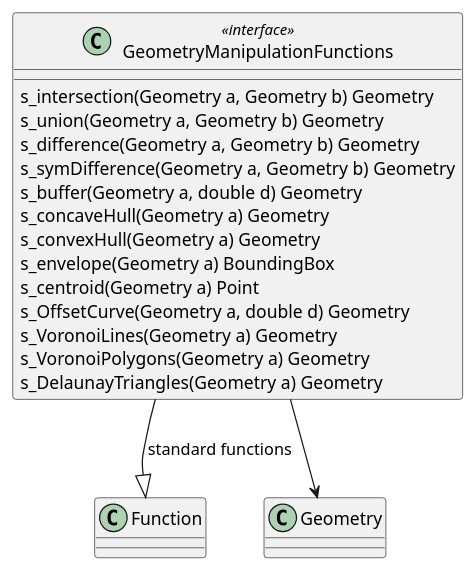
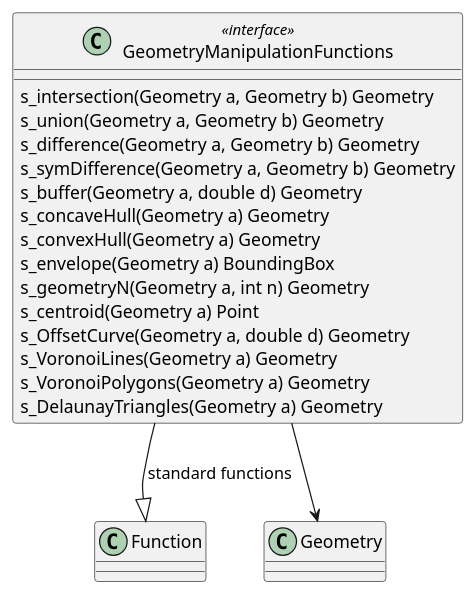
Before and after one commit to opengeospatial/styles-and-symbology: the ninth of 10 diagrams in core/sections/clause_18_functions.adoc, drawn with PlantUML. The commit also changed other lines of this file and 7 other files, not shown here.

```diff
--- a/core/sections/clause_18_functions.adoc
+++ b/core/sections/clause_18_functions.adoc
@@ -572,19 +572,20 @@
 [plantuml, target=diagram-classes, format=png]
 ....
 class GeometryManipulationFunctions <<interface>>
 GeometryManipulationFunctions --|> Function : standard functions
 GeometryManipulationFunctions : s_intersection(Geometry a, Geometry b) Geometry
 GeometryManipulationFunctions : s_union(Geometry a, Geometry b) Geometry
 GeometryManipulationFunctions : s_difference(Geometry a, Geometry b) Geometry
 GeometryManipulationFunctions : s_symDifference(Geometry a, Geometry b) Geometry
 GeometryManipulationFunctions : s_buffer(Geometry a, double d) Geometry
 GeometryManipulationFunctions : s_concaveHull(Geometry a) Geometry
 GeometryManipulationFunctions : s_convexHull(Geometry a) Geometry
 GeometryManipulationFunctions : s_envelope(Geometry a) BoundingBox
+GeometryManipulationFunctions : s_geometryN(Geometry a, int n) Geometry
 GeometryManipulationFunctions : s_centroid(Geometry a) Point
 GeometryManipulationFunctions : s_OffsetCurve(Geometry a, double d) Geometry
 GeometryManipulationFunctions : s_VoronoiLines(Geometry a) Geometry
 GeometryManipulationFunctions : s_VoronoiPolygons(Geometry a) Geometry
 GeometryManipulationFunctions : s_DelaunayTriangles(Geometry a) Geometry
 GeometryManipulationFunctions --> Geometry
 ....
```
